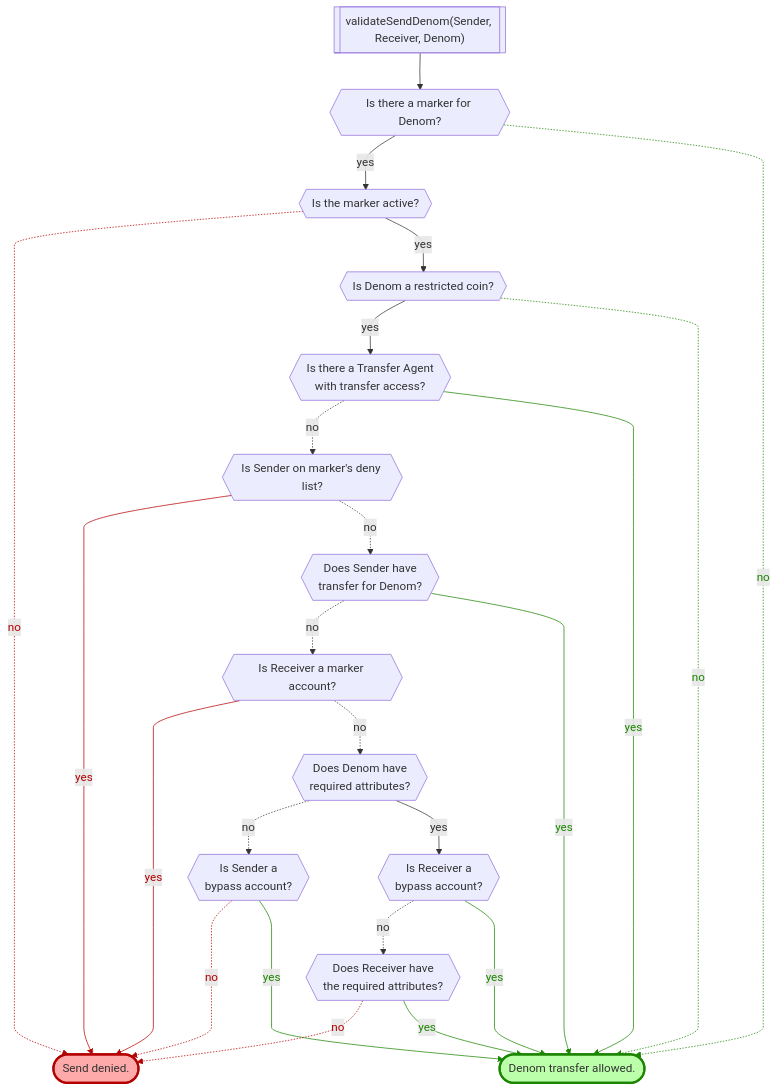
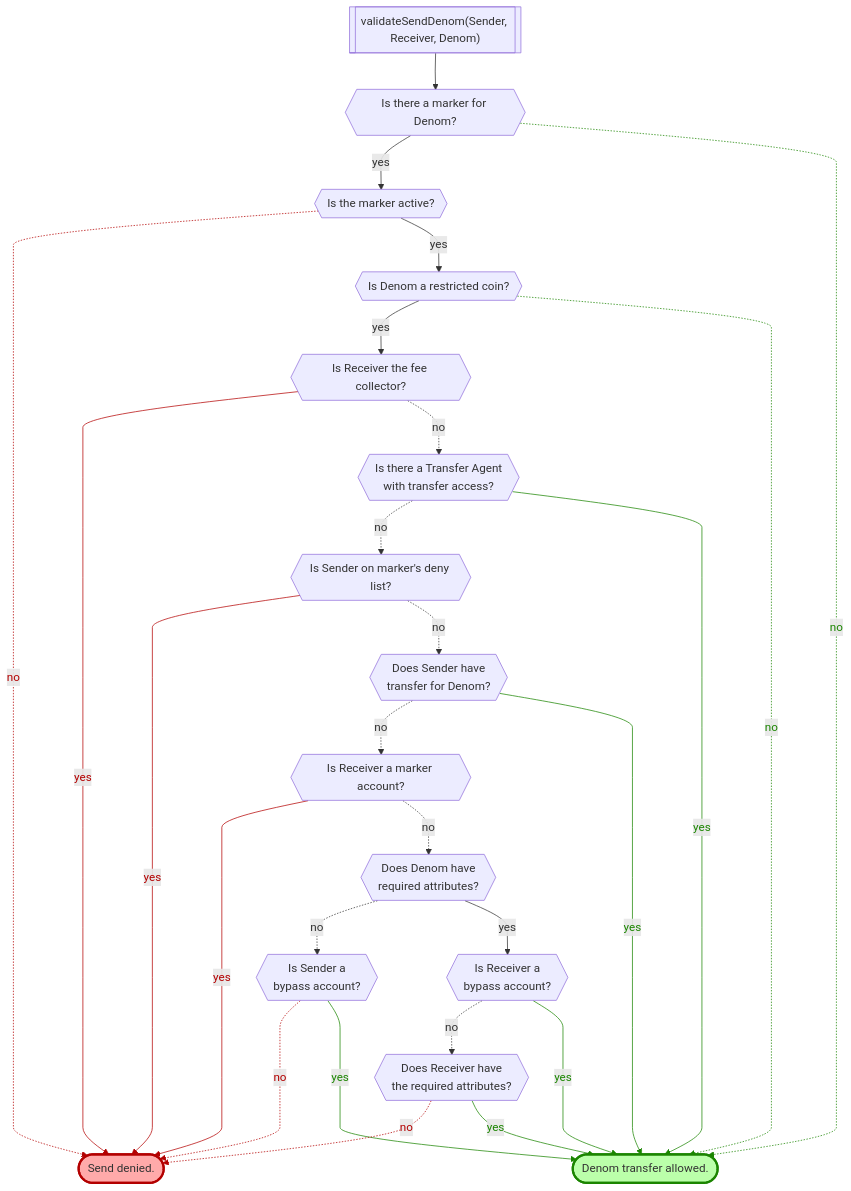
Before and after one commit to provenance-io/provenance: the fourth of 8 diagrams in x/marker/spec/12_transfers.md, drawn with Mermaid. The commit also changed other lines of this file, not shown here.

Commit message:
[1845]: Update marker spec doc flowcharts.

````diff
--- a/x/marker/spec/12_transfers.md
+++ b/x/marker/spec/12_transfers.md
@@ -212,46 +218,49 @@
 ```mermaid
 %%{ init: { 'flowchart': { 'curve': 'monotoneY'} } }%%
 flowchart TD
     start[["validateSendDenom(Sender, Receiver, Denom)"]]
     isdm{{"Is there a marker for Denom?"}}
     isma{{"Is the marker active?"}}
     qisrc{{"Is Denom a restricted coin?"}}
+    qistofc{{"Is Receiver the fee collector?"}}
     ista{{"Is there a Transfer Agent\nwith transfer access?"}}
     qisdeny{{"Is Sender on marker's deny list?"}}
     qhastrans{{"Does Sender have\ntransfer for Denom?"}}
     qisdep{{"Is Receiver a marker account?"}}
     qmhasattr{{"Does Denom have\nrequired attributes?"}}
     qissbp{{"Is Sender a\nbypass account?"}}
     qisrbp{{"Is Receiver a\nbypass account?"}}
     qrhasattr{{"Does Receiver have\nthe required attributes?"}}
     ok(["Denom transfer allowed."])
     style ok fill:#bbffaa,stroke:#1b8500,stroke-width:3px
     denied(["Send denied."])
     style denied fill:#ffaaaa,stroke:#b30000,stroke-width:3px
     start --> isdm
     isdm -->|yes| isma
     isdm -.->|no| ok
     isma -.->|no| denied
     isma -->|yes| qisrc
-    qisrc -->|yes| ista
+    qisrc -->|yes| qistofc
     qisrc -.->|no| ok
+    qistofc -->|yes| denied
+    qistofc -.->|no| ista
     ista -.->|no| qisdeny
     ista -->|yes| ok
     qisdeny -->|yes| denied
     qisdeny -.->|no| qhastrans
     qhastrans -.->|no| qisdep
     qhastrans -->|yes| ok
     qisdep -->|yes| denied
     qisdep -.->|no| qmhasattr
     qmhasattr -.->|no| qissbp
     qmhasattr -->|yes| qisrbp
     qissbp -..->|no| denied
     qissbp --->|yes| ok
     qisrbp -.->|no| qrhasattr
     qisrbp -->|yes| ok
     qrhasattr -.->|no| denied
     qrhasattr -->|yes| ok
 
-    linkStyle 3,9,13,17,21 stroke:#b30000,color:#b30000
-    linkStyle 2,6,8,12,18,20,22 stroke:#1b8500,color:#1b8500
+    linkStyle 3,7,11,15,19,23 stroke:#b30000,color:#b30000
+    linkStyle 2,6,10,14,20,22,24 stroke:#1b8500,color:#1b8500
 ```
````
